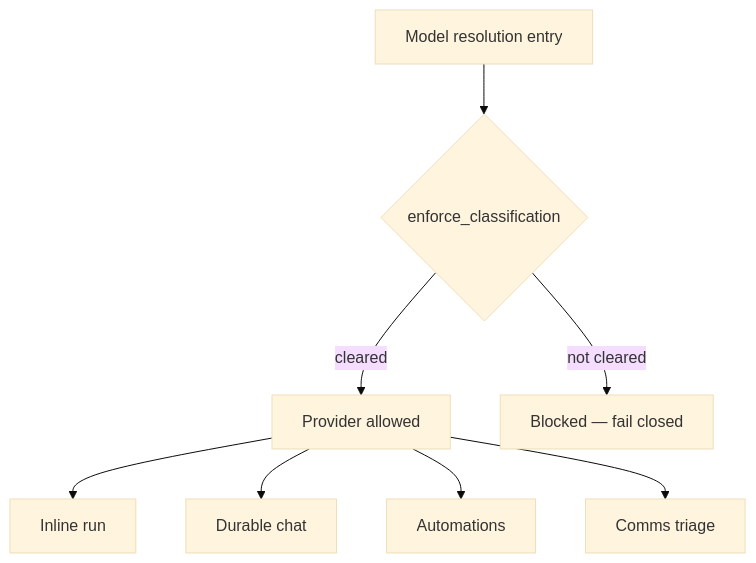
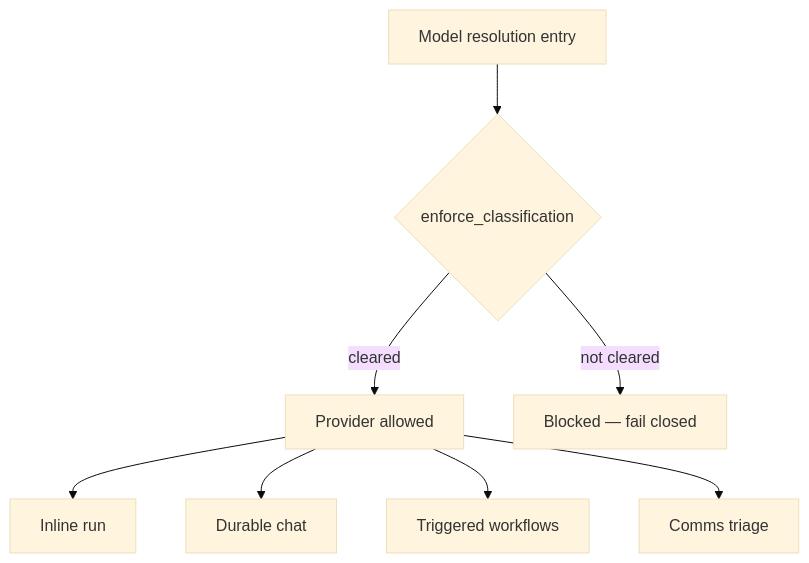
Before and after one commit to personal-agent-org/docs: the diagram in docs/features/security.md, drawn with Mermaid (base theme). The commit also changed 13 other files, not shown here.

````diff
--- a/docs/features/security.md
+++ b/docs/features/security.md
@@ -48,10 +48,10 @@
 ```mermaid
 flowchart TD
     A[Model resolution entry] --> B{enforce_classification}
     B -->|cleared| C[Provider allowed]
     B -->|not cleared| D[Blocked — fail closed]
     C --> E[Inline run]
     C --> F[Durable chat]
-    C --> G[Automations]
+    C --> G[Triggered workflows]
     C --> H[Comms triage]
 ```
````
